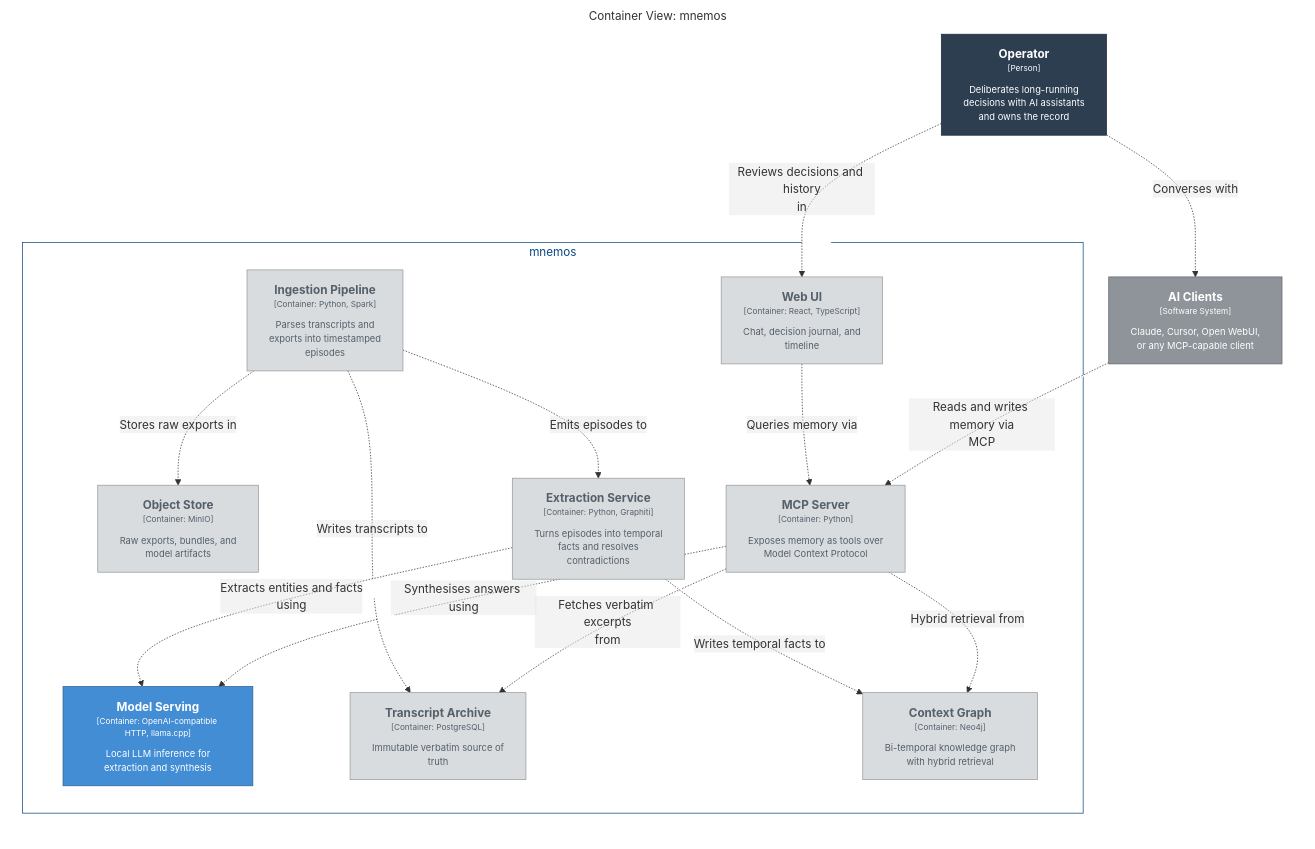
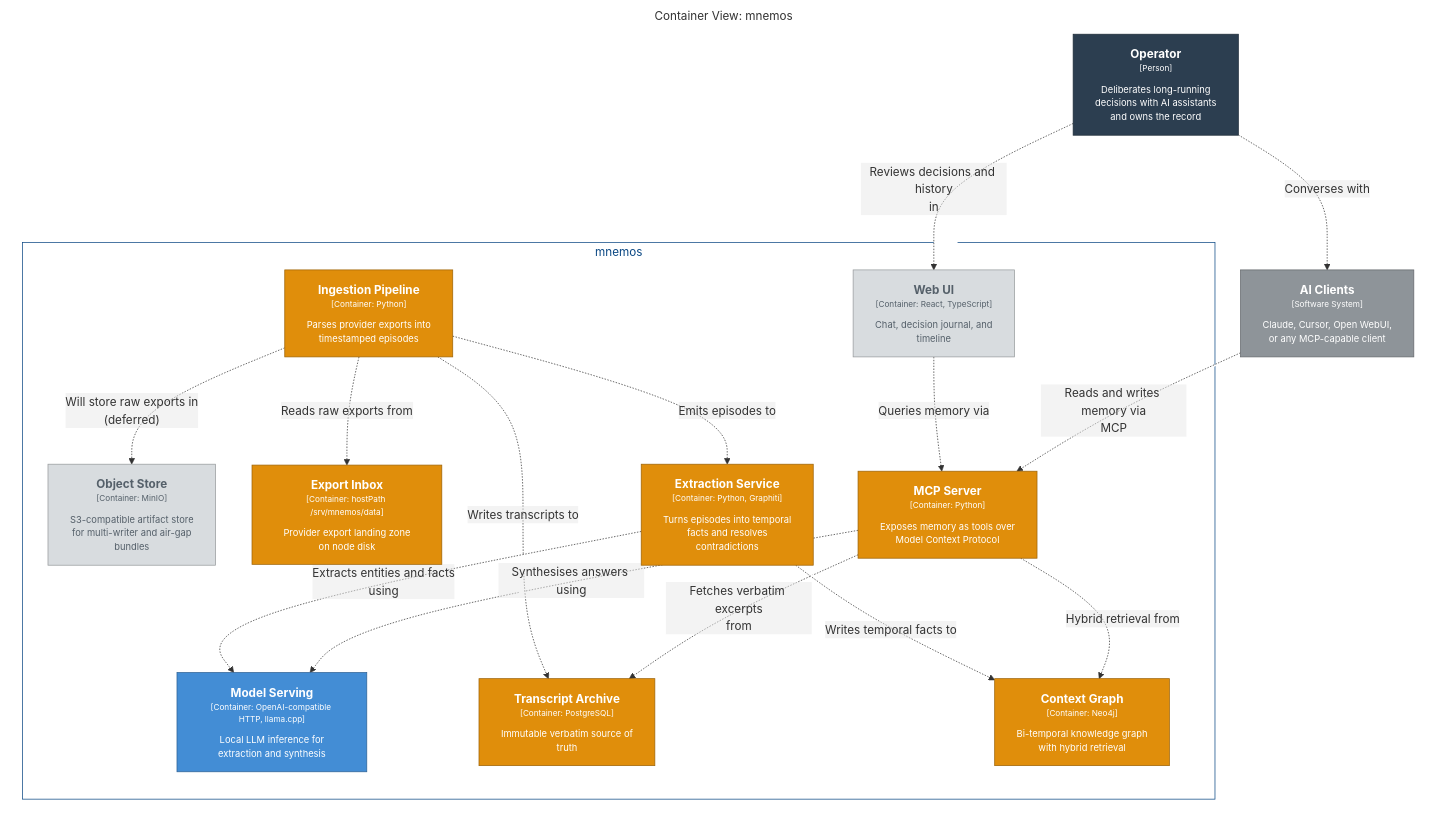
The diagram in docs/architecture/images/structurizr-Containers_Target.mmd (louisbove84/mnemos), drawn with Mermaid before and after one commit. The commit also changed 73 other files, not shown here.

```diff
--- a/docs/architecture/images/structurizr-Containers_Target.mmd
+++ b/docs/architecture/images/structurizr-Containers_Target.mmd
@@ -1,46 +1,49 @@
 graph LR
   linkStyle default fill:#ffffff
 
   subgraph diagram ["Container View: mnemos"]
     style diagram fill:#ffffff,stroke:#ffffff
 
     1["<div style='font-weight: bold'>Operator</div><div style='font-size: 70%; margin-top: 0px'>[Person]</div><div style='font-size: 80%; margin-top:10px'>Deliberates long-running<br />decisions with AI assistants<br />and owns the record</div>"]
     style 1 fill:#2c3e50,stroke:#1e2b38,color:#ffffff
     2["<div style='font-weight: bold'>AI Clients</div><div style='font-size: 70%; margin-top: 0px'>[Software System]</div><div style='font-size: 80%; margin-top:10px'>Claude, Cursor, Open WebUI,<br />or any MCP-capable client</div>"]
     style 2 fill:#8e9499,stroke:#63676b,color:#ffffff
 
     subgraph 3 ["mnemos"]
       style 3 fill:#ffffff,stroke:#0b4884,color:#0b4884
 
-      10["<div style='font-weight: bold'>MCP Server</div><div style='font-size: 70%; margin-top: 0px'>[Container: Python]</div><div style='font-size: 80%; margin-top:10px'>Exposes memory as tools over<br />Model Context Protocol</div>"]
-      style 10 fill:#d8dcdf,stroke:#979a9c,color:#55606a
-      11["<div style='font-weight: bold'>Web UI</div><div style='font-size: 70%; margin-top: 0px'>[Container: React, TypeScript]</div><div style='font-size: 80%; margin-top:10px'>Chat, decision journal, and<br />timeline</div>"]
-      style 11 fill:#d8dcdf,stroke:#979a9c,color:#55606a
+      10["<div style='font-weight: bold'>Context Graph</div><div style='font-size: 70%; margin-top: 0px'>[Container: Neo4j]</div><div style='font-size: 80%; margin-top:10px'>Bi-temporal knowledge graph<br />with hybrid retrieval</div>"]
+      style 10 fill:#e08e0b,stroke:#9c6307,color:#ffffff
+      11["<div style='font-weight: bold'>MCP Server</div><div style='font-size: 70%; margin-top: 0px'>[Container: Python]</div><div style='font-size: 80%; margin-top:10px'>Exposes memory as tools over<br />Model Context Protocol</div>"]
+      style 11 fill:#e08e0b,stroke:#9c6307,color:#ffffff
+      12["<div style='font-weight: bold'>Web UI</div><div style='font-size: 70%; margin-top: 0px'>[Container: React, TypeScript]</div><div style='font-size: 80%; margin-top:10px'>Chat, decision journal, and<br />timeline</div>"]
+      style 12 fill:#d8dcdf,stroke:#979a9c,color:#55606a
       4["<div style='font-weight: bold'>Model Serving</div><div style='font-size: 70%; margin-top: 0px'>[Container: OpenAI-compatible HTTP, llama.cpp]</div><div style='font-size: 80%; margin-top:10px'>Local LLM inference for<br />extraction and synthesis</div>"]
       style 4 fill:#438dd5,stroke:#2e6295,color:#ffffff
-      5["<div style='font-weight: bold'>Object Store</div><div style='font-size: 70%; margin-top: 0px'>[Container: MinIO]</div><div style='font-size: 80%; margin-top:10px'>Raw exports, bundles, and<br />model artifacts</div>"]
+      5["<div style='font-weight: bold'>Object Store</div><div style='font-size: 70%; margin-top: 0px'>[Container: MinIO]</div><div style='font-size: 80%; margin-top:10px'>S3-compatible artifact store<br />for multi-writer and air-gap<br />bundles</div>"]
       style 5 fill:#d8dcdf,stroke:#979a9c,color:#55606a
-      6["<div style='font-weight: bold'>Ingestion Pipeline</div><div style='font-size: 70%; margin-top: 0px'>[Container: Python, Spark]</div><div style='font-size: 80%; margin-top:10px'>Parses transcripts and<br />exports into timestamped<br />episodes</div>"]
-      style 6 fill:#d8dcdf,stroke:#979a9c,color:#55606a
-      7["<div style='font-weight: bold'>Transcript Archive</div><div style='font-size: 70%; margin-top: 0px'>[Container: PostgreSQL]</div><div style='font-size: 80%; margin-top:10px'>Immutable verbatim source of<br />truth</div>"]
-      style 7 fill:#d8dcdf,stroke:#979a9c,color:#55606a
-      8["<div style='font-weight: bold'>Extraction Service</div><div style='font-size: 70%; margin-top: 0px'>[Container: Python, Graphiti]</div><div style='font-size: 80%; margin-top:10px'>Turns episodes into temporal<br />facts and resolves<br />contradictions</div>"]
-      style 8 fill:#d8dcdf,stroke:#979a9c,color:#55606a
-      9["<div style='font-weight: bold'>Context Graph</div><div style='font-size: 70%; margin-top: 0px'>[Container: Neo4j]</div><div style='font-size: 80%; margin-top:10px'>Bi-temporal knowledge graph<br />with hybrid retrieval</div>"]
-      style 9 fill:#d8dcdf,stroke:#979a9c,color:#55606a
+      6["<div style='font-weight: bold'>Export Inbox</div><div style='font-size: 70%; margin-top: 0px'>[Container: hostPath /srv/mnemos/data]</div><div style='font-size: 80%; margin-top:10px'>Provider export landing zone<br />on node disk</div>"]
+      style 6 fill:#e08e0b,stroke:#9c6307,color:#ffffff
+      7["<div style='font-weight: bold'>Ingestion Pipeline</div><div style='font-size: 70%; margin-top: 0px'>[Container: Python]</div><div style='font-size: 80%; margin-top:10px'>Parses provider exports into<br />timestamped episodes</div>"]
+      style 7 fill:#e08e0b,stroke:#9c6307,color:#ffffff
+      8["<div style='font-weight: bold'>Transcript Archive</div><div style='font-size: 70%; margin-top: 0px'>[Container: PostgreSQL]</div><div style='font-size: 80%; margin-top:10px'>Immutable verbatim source of<br />truth</div>"]
+      style 8 fill:#e08e0b,stroke:#9c6307,color:#ffffff
+      9["<div style='font-weight: bold'>Extraction Service</div><div style='font-size: 70%; margin-top: 0px'>[Container: Python, Graphiti]</div><div style='font-size: 80%; margin-top:10px'>Turns episodes into temporal<br />facts and resolves<br />contradictions</div>"]
+      style 9 fill:#e08e0b,stroke:#9c6307,color:#ffffff
     end
 
     1-. "<div>Converses with</div><div style='font-size: 70%'></div>" .->2
-    1-. "<div>Reviews decisions and history<br />in</div><div style='font-size: 70%'></div>" .->11
-    2-. "<div>Reads and writes memory via<br />MCP</div><div style='font-size: 70%'></div>" .->10
-    11-. "<div>Queries memory via</div><div style='font-size: 70%'></div>" .->10
-    10-. "<div>Hybrid retrieval from</div><div style='font-size: 70%'></div>" .->9
-    10-. "<div>Fetches verbatim excerpts<br />from</div><div style='font-size: 70%'></div>" .->7
-    10-. "<div>Synthesises answers using</div><div style='font-size: 70%'></div>" .->4
-    6-. "<div>Stores raw exports in</div><div style='font-size: 70%'></div>" .->5
-    6-. "<div>Writes transcripts to</div><div style='font-size: 70%'></div>" .->7
-    6-. "<div>Emits episodes to</div><div style='font-size: 70%'></div>" .->8
-    8-. "<div>Extracts entities and facts<br />using</div><div style='font-size: 70%'></div>" .->4
-    8-. "<div>Writes temporal facts to</div><div style='font-size: 70%'></div>" .->9
+    1-. "<div>Reviews decisions and history<br />in</div><div style='font-size: 70%'></div>" .->12
+    2-. "<div>Reads and writes memory via<br />MCP</div><div style='font-size: 70%'></div>" .->11
+    12-. "<div>Queries memory via</div><div style='font-size: 70%'></div>" .->11
+    11-. "<div>Hybrid retrieval from</div><div style='font-size: 70%'></div>" .->10
+    11-. "<div>Fetches verbatim excerpts<br />from</div><div style='font-size: 70%'></div>" .->8
+    11-. "<div>Synthesises answers using</div><div style='font-size: 70%'></div>" .->4
+    7-. "<div>Reads raw exports from</div><div style='font-size: 70%'></div>" .->6
+    7-. "<div>Will store raw exports in<br />(deferred)</div><div style='font-size: 70%'></div>" .->5
+    7-. "<div>Writes transcripts to</div><div style='font-size: 70%'></div>" .->8
+    7-. "<div>Emits episodes to</div><div style='font-size: 70%'></div>" .->9
+    9-. "<div>Extracts entities and facts<br />using</div><div style='font-size: 70%'></div>" .->4
+    9-. "<div>Writes temporal facts to</div><div style='font-size: 70%'></div>" .->10
 
   end
```
